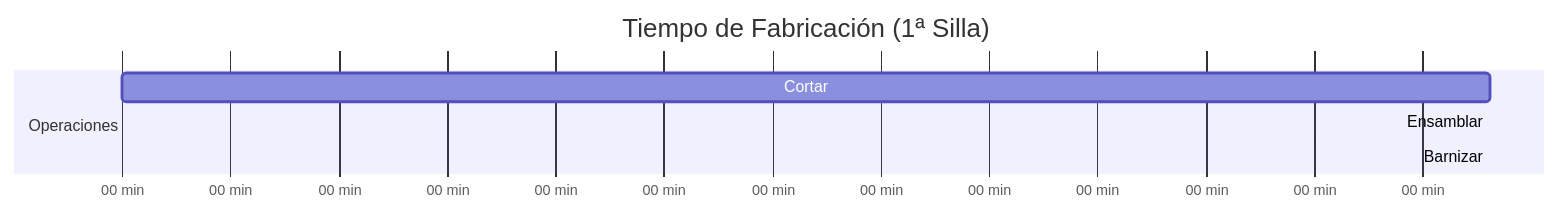
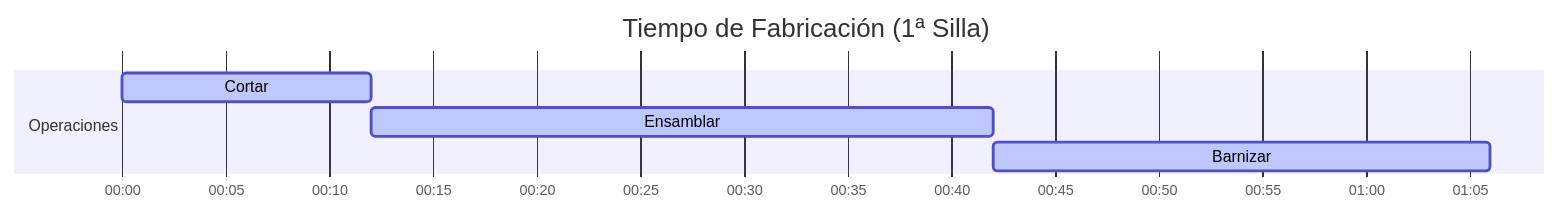
The fourth of 7 diagrams in public/content/clases/2-resumen-procesos-2025.03.13.md (FCamaggi/xr-wiki), drawn with Mermaid before and after one commit. The commit also changed other lines of this file and 8 other files, not shown here.

````diff
--- a/public/content/clases/2-resumen-procesos-2025.03.13.md
+++ b/public/content/clases/2-resumen-procesos-2025.03.13.md
@@ -95,10 +96,10 @@
 ```mermaid
 gantt
     title Tiempo de Fabricación (1ª Silla)
-    dateFormat  mm
-    axisFormat %M min
+    dateFormat HH:mm
+    axisFormat %H:%M
     section Operaciones
-    Cortar      :a1, 0, 12
-    Ensamblar   :a2, after a1, 30
-    Barnizar    :a3, after a2, 24
+    Cortar      :active, 00:00, 00:12
+    Ensamblar   :active, 00:12, 00:42
+    Barnizar    :active, 00:42, 01:06
 ```
````
